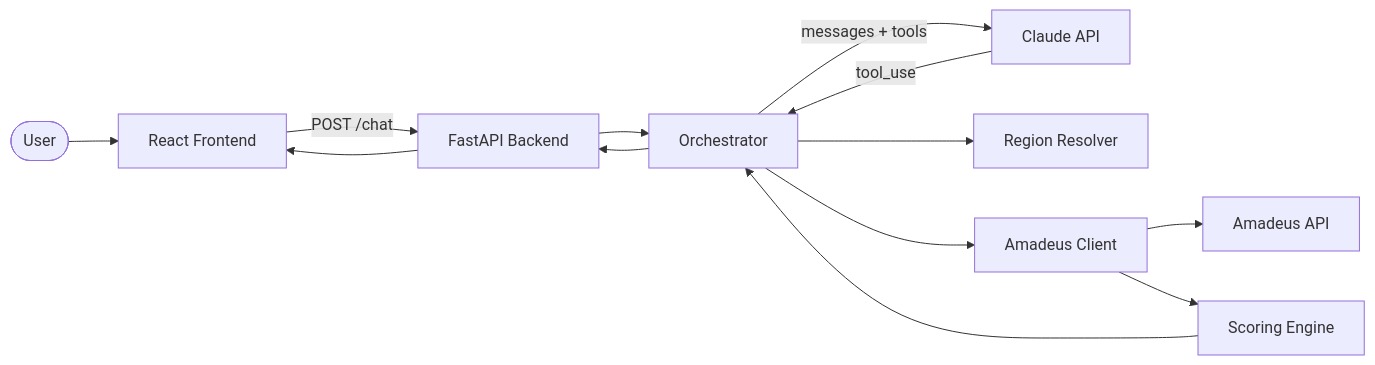
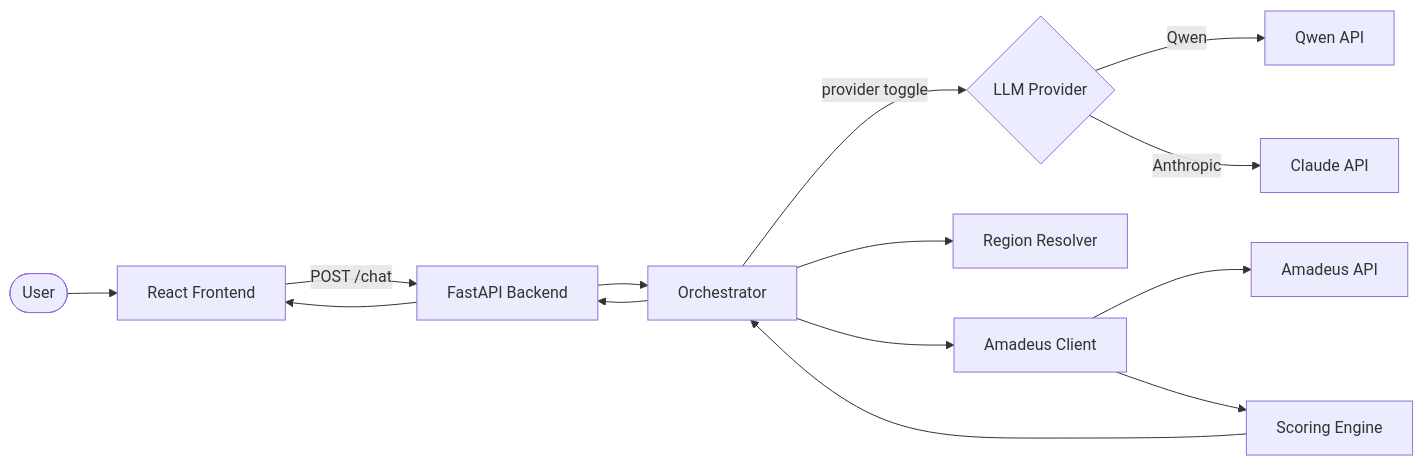
Before and after one commit to boaz-ng/traveling-salesmen: the diagram in README.md, drawn with Mermaid. The commit also changed other lines of this file and 11 other files, not shown here.

Commit message:
Add pluggable LLM providers: Qwen (default) and Anthropic Claude toggle

````diff
--- a/README.md
+++ b/README.md
@@ -7,15 +7,16 @@
 ```mermaid
 flowchart LR
     User([User]) --> Frontend[React Frontend]
     Frontend -->|POST /chat| FastAPI[FastAPI Backend]
     FastAPI --> Orchestrator[Orchestrator]
-    Orchestrator -->|messages + tools| Claude[Claude API]
-    Claude -->|tool_use| Orchestrator
+    Orchestrator -->|provider toggle| Provider{LLM Provider}
+    Provider -->|Qwen| Qwen[Qwen API]
+    Provider -->|Anthropic| Claude[Claude API]
     Orchestrator --> Regions[Region Resolver]
     Orchestrator --> AmadeusClient[Amadeus Client]
     AmadeusClient --> Amadeus[Amadeus API]
     AmadeusClient --> Scoring[Scoring Engine]
     Scoring --> Orchestrator
     Orchestrator --> FastAPI
     FastAPI --> Frontend
 ```
````
